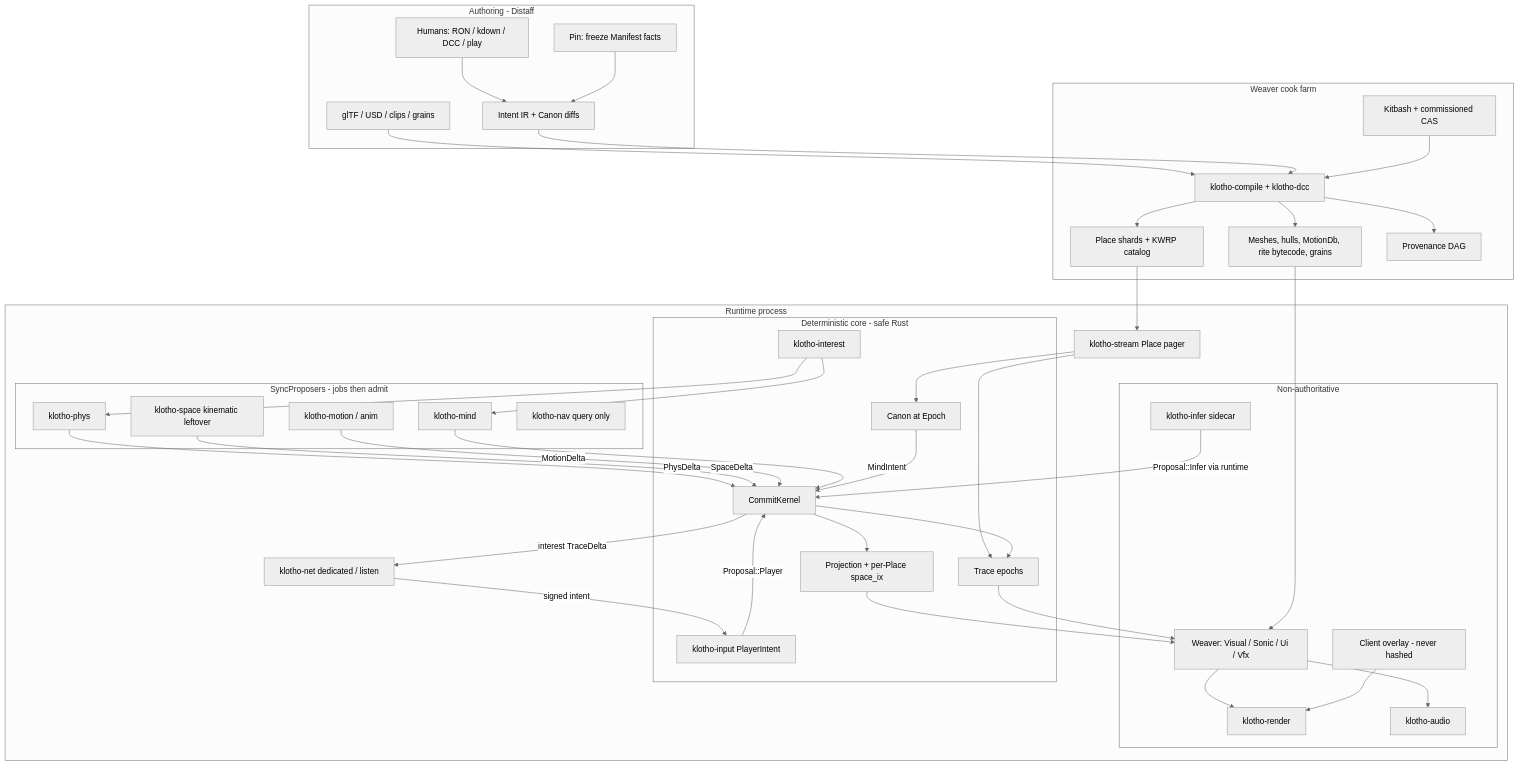
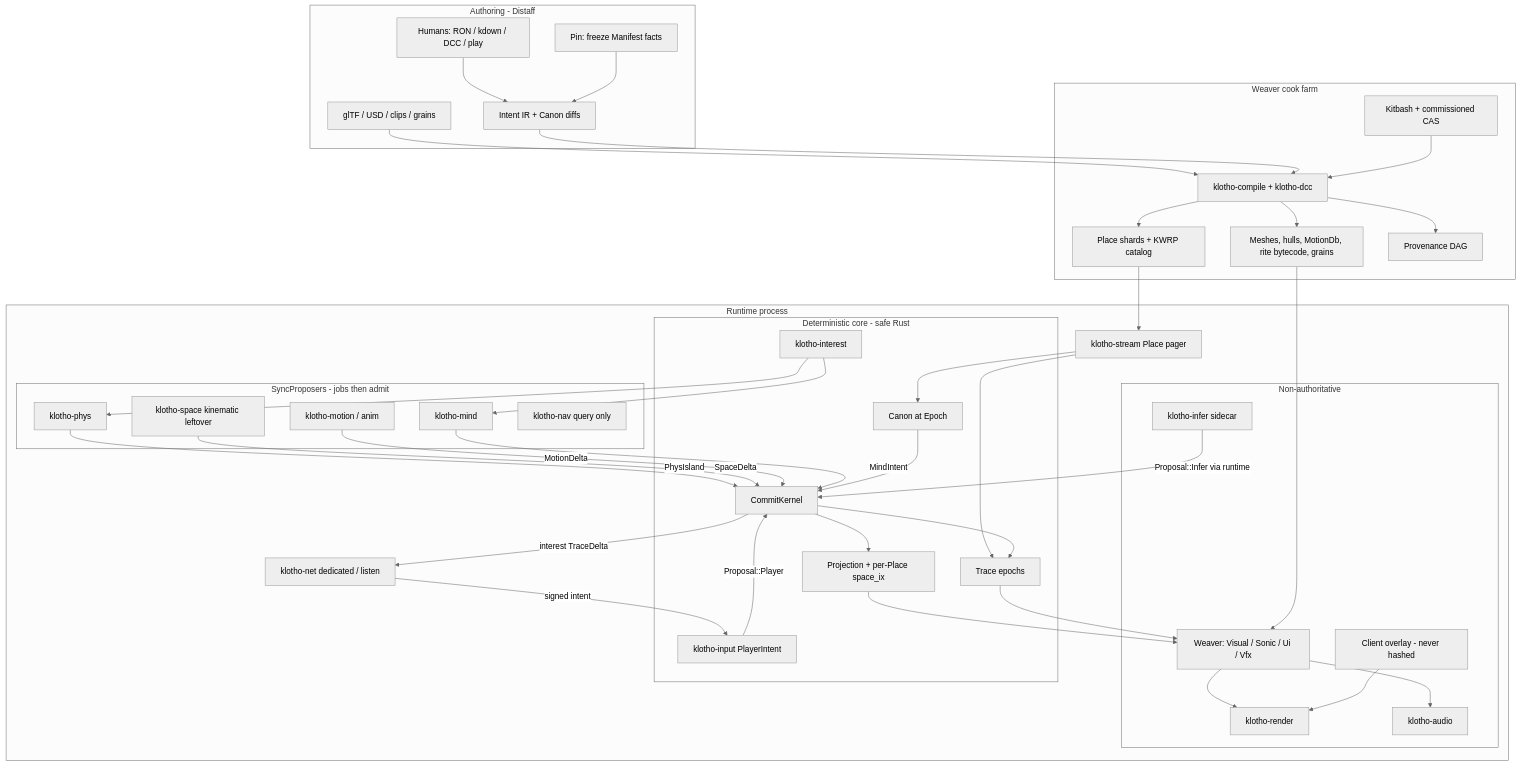
One commit to galkatz373/klotho changed the first of 7 diagrams in docs/hld.md. Above: the diagram before and after it, drawn with Mermaid (neutral theme). The commit also changed other lines of this file and 1 other file, not shown here.

Commit message:
PHYS-A01: freeze physics authority and transactions

````diff
--- a/docs/hld.md
+++ b/docs/hld.md
@@ -301,75 +308,75 @@
 ```mermaid
 flowchart TB
   subgraph authorspace [Authoring - Distaff]
     Human[Humans: RON / kdown / DCC / play]
     IR[Intent IR + Canon diffs]
     DCC[glTF / USD / clips / grains]
     Pin[Pin: freeze Manifest facts]
   end
 
   subgraph cook [Weaver cook farm]
     Compile[klotho-compile + klotho-dcc]
     Kit[Kitbash + commissioned CAS]
     Artifacts[Meshes, hulls, MotionDb, rite bytecode, grains]
     Shards[Place shards + KWRP catalog]
     Prov[Provenance DAG]
   end
 
   subgraph runtime [Runtime process]
     subgraph isolated [Non-authoritative]
       Infer[klotho-infer sidecar]
       Present[Weaver: Visual / Sonic / Ui / Vfx]
       GPU[klotho-render]
       AUD[klotho-audio]
       Overlay[Client overlay - never hashed]
     end
     subgraph kernel [Deterministic core - safe Rust]
       Input[klotho-input PlayerIntent]
       Interest[klotho-interest]
       Commit[CommitKernel]
       Canon[Canon at Epoch]
       Trace[Trace epochs]
       View[Projection + per-Place space_ix]
     end
     subgraph proposers [SyncProposers - jobs then admit]
       Phys[klotho-phys]
       Space[klotho-space kinematic leftover]
       Motion[klotho-motion / anim]
       Mind[klotho-mind]
       Nav[klotho-nav query only]
     end
     Stream[klotho-stream Place pager]
     Net[klotho-net dedicated / listen]
   end
 
   Human --> IR
   DCC --> Compile
   IR --> Compile
   Kit --> Compile
   Pin --> IR
   Compile --> Artifacts
   Compile --> Shards
   Compile --> Prov
   Artifacts --> Present
   Shards --> Stream
   Stream --> Canon
   Stream --> Trace
   Input -->|Proposal::Player| Commit
   Infer -->|Proposal::Infer via runtime| Commit
   Interest --> Phys
   Interest --> Mind
-  Phys -->|PhysDelta| Commit
+  Phys -->|PhysIsland| Commit
   Space -->|SpaceDelta| Commit
   Motion -->|MotionDelta| Commit
   Mind -->|MindIntent| Commit
   Canon --> Commit
   Commit --> Trace
   Commit --> View
   View --> Present
   Trace --> Present
   Present --> GPU
   Present --> AUD
   Net -->|signed intent| Input
   Commit -->|interest TraceDelta| Net
   Overlay --> GPU
 ```
````
